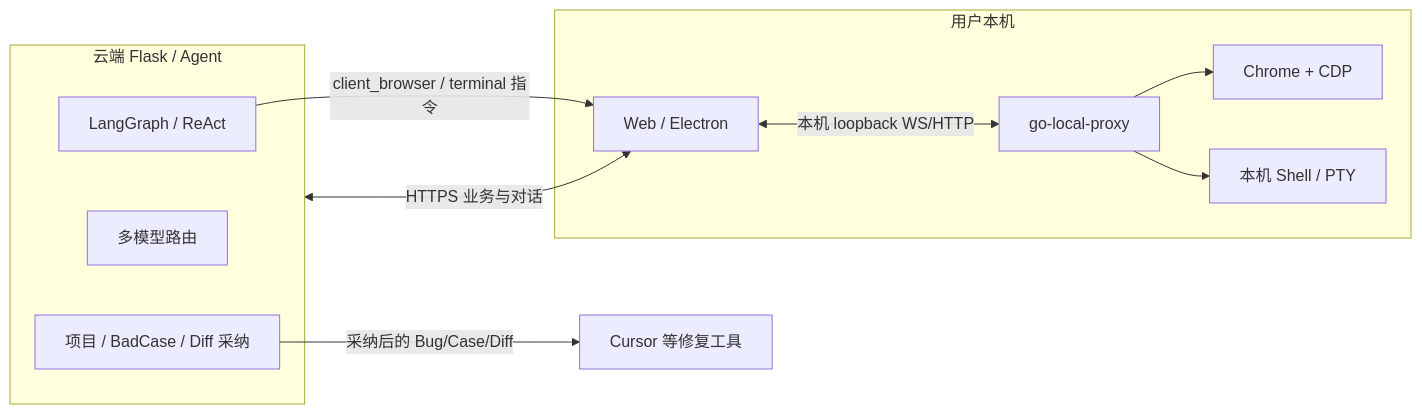
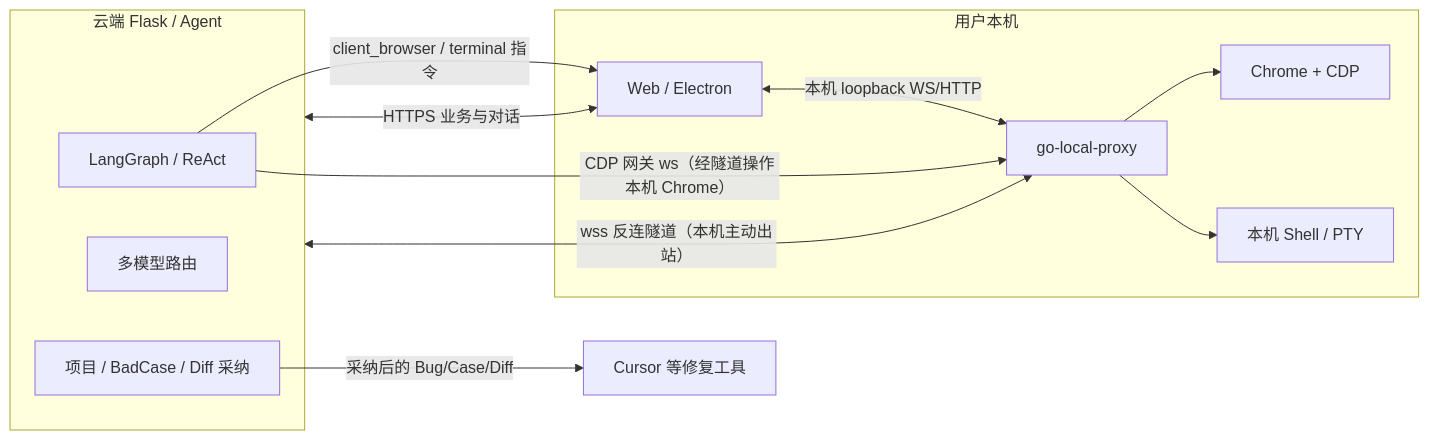
The diagram in README.md (hu-xiong/BadCaseDoctor), drawn with Mermaid before and after one commit. The commit also changed other lines of this file and 28 other files, not shown here.

````diff
--- a/README.md
+++ b/README.md
@@ -35,22 +35,24 @@
 ```mermaid
 flowchart LR
   subgraph Cloud["云端 Flask / Agent"]
     LG[LangGraph / ReAct]
     LLM[多模型路由]
     Biz[项目 / BadCase / Diff 采纳]
   end
   subgraph Client["用户本机"]
     UI[Web / Electron]
     Go[go-local-proxy]
     Chrome[Chrome + CDP]
     Shell[本机 Shell / PTY]
   end
   IDE[Cursor 等修复工具]
 
   UI <-->|HTTPS 业务与对话| Cloud
   UI <-->|本机 loopback WS/HTTP| Go
   Go --> Chrome
   Go --> Shell
+  Go <-->|wss 反连隧道（本机主动出站）| Cloud
+  LG -->|CDP 网关 ws（经隧道操作本机 Chrome）| Go
   LG -->|client_browser / terminal 指令| UI
   Biz -->|采纳后的 Bug/Case/Diff| IDE
 ```
````
